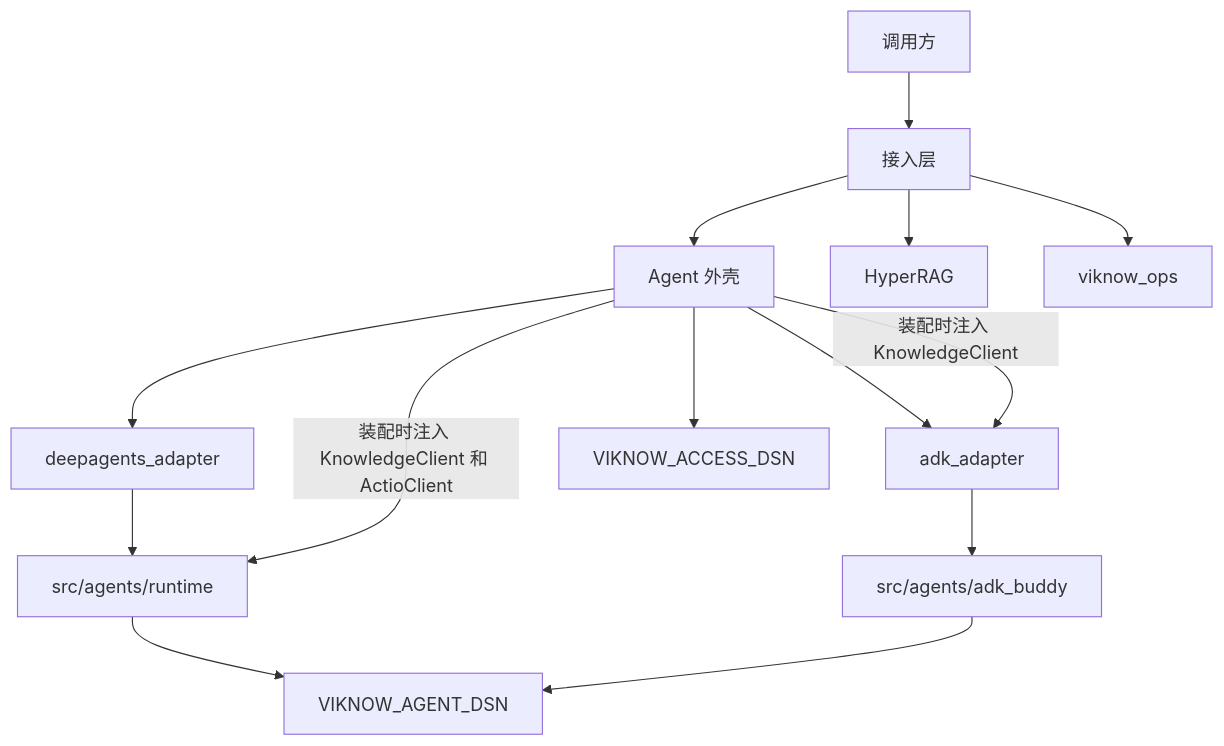
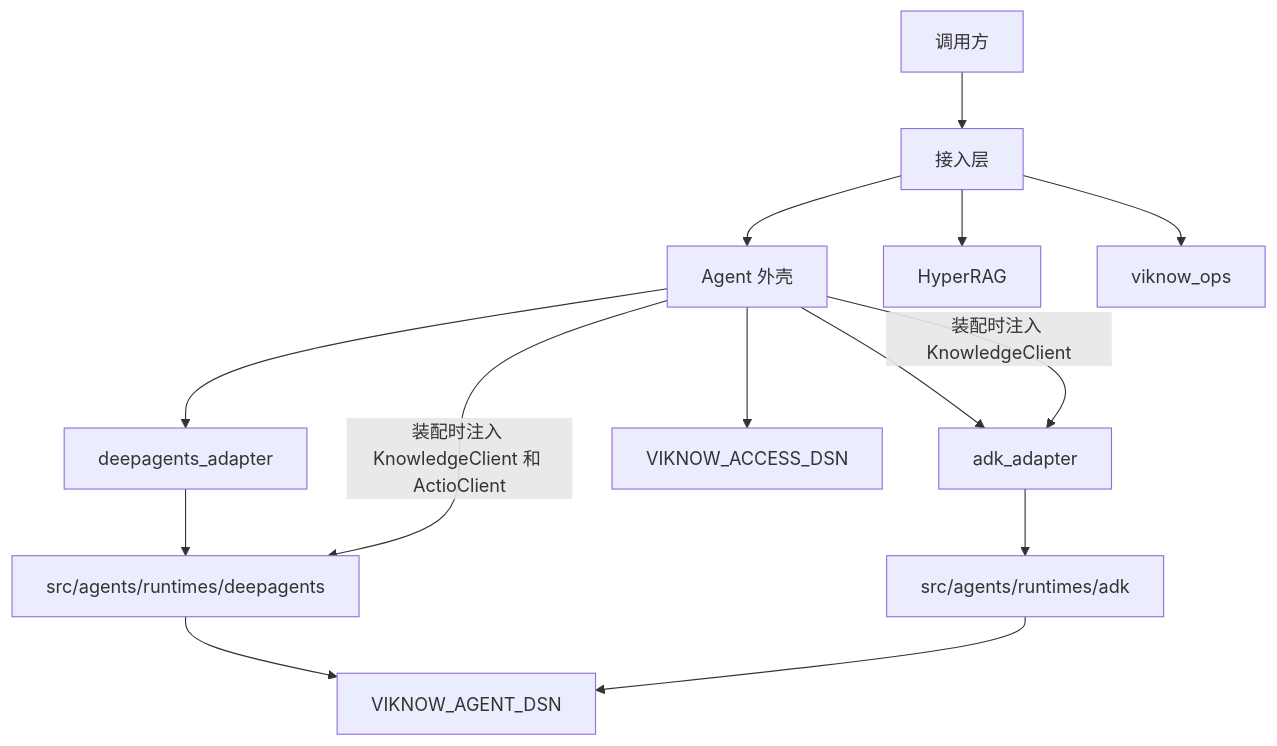
One commit to bigwubro/viknow-cloud-agent-bridge changed the diagram in viknow3-work/docs/overview.md. Above: the diagram before and after it, drawn with Mermaid. The commit also changed 273 other files, not shown here.

````diff
--- a/viknow3-work/docs/overview.md
+++ b/viknow3-work/docs/overview.md
@@ -24,26 +24,26 @@
 ```mermaid
 flowchart TB
   caller["调用方"]
   access["接入层"]
   agent["Agent 外壳"]
   adapter["deepagents_adapter"]
-  runtime["src/agents/runtime"]
+  runtime["src/agents/runtimes/deepagents"]
   adk["adk_adapter"]
-  adkrt["src/agents/adk_buddy"]
+  adkrt["src/agents/runtimes/adk"]
   knowledge["HyperRAG"]
   ops["viknow_ops"]
   accessDb["VIKNOW_ACCESS_DSN"]
   agentDb["VIKNOW_AGENT_DSN"]
 
   caller --> access
   access --> agent
   access --> knowledge
   access --> ops
   agent --> adapter --> runtime
   agent --> adk --> adkrt
   agent --> accessDb
   runtime --> agentDb
   adkrt --> agentDb
   agent -->|"装配时注入 KnowledgeClient 和 ActioClient"| runtime
   agent -->|"装配时注入 KnowledgeClient"| adk
 ```
````
